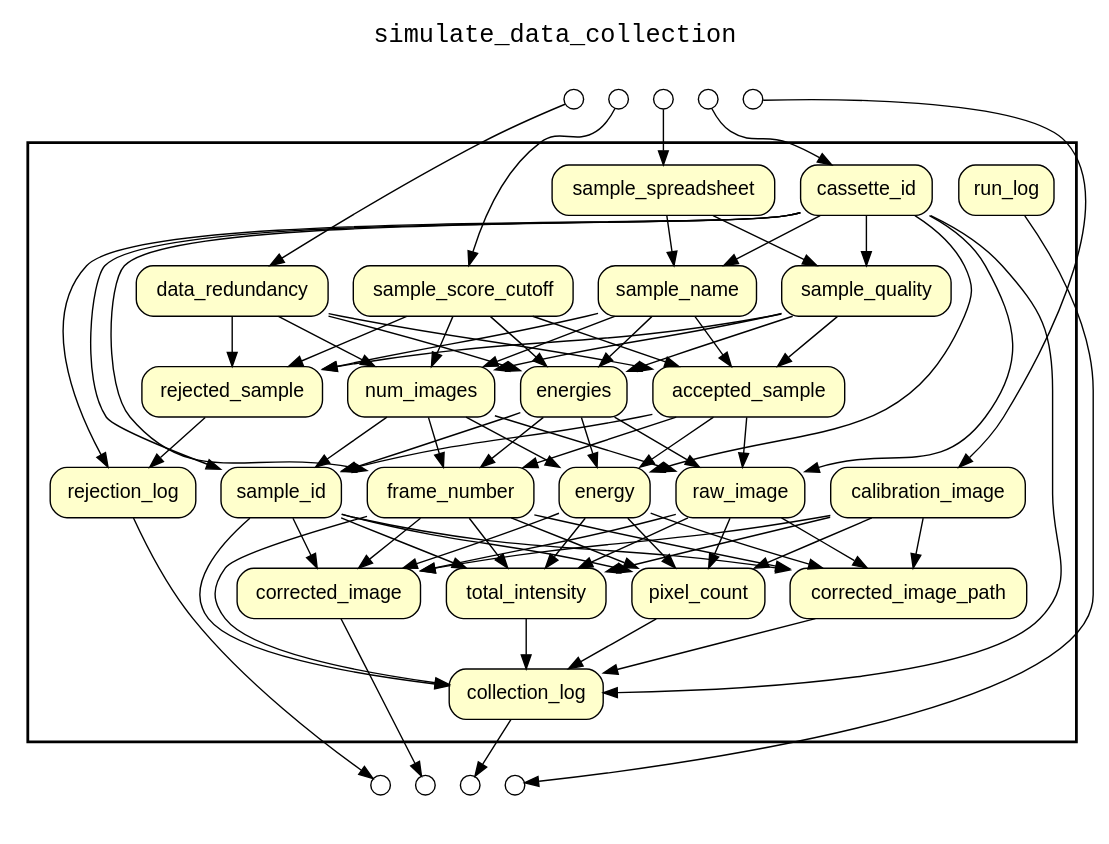
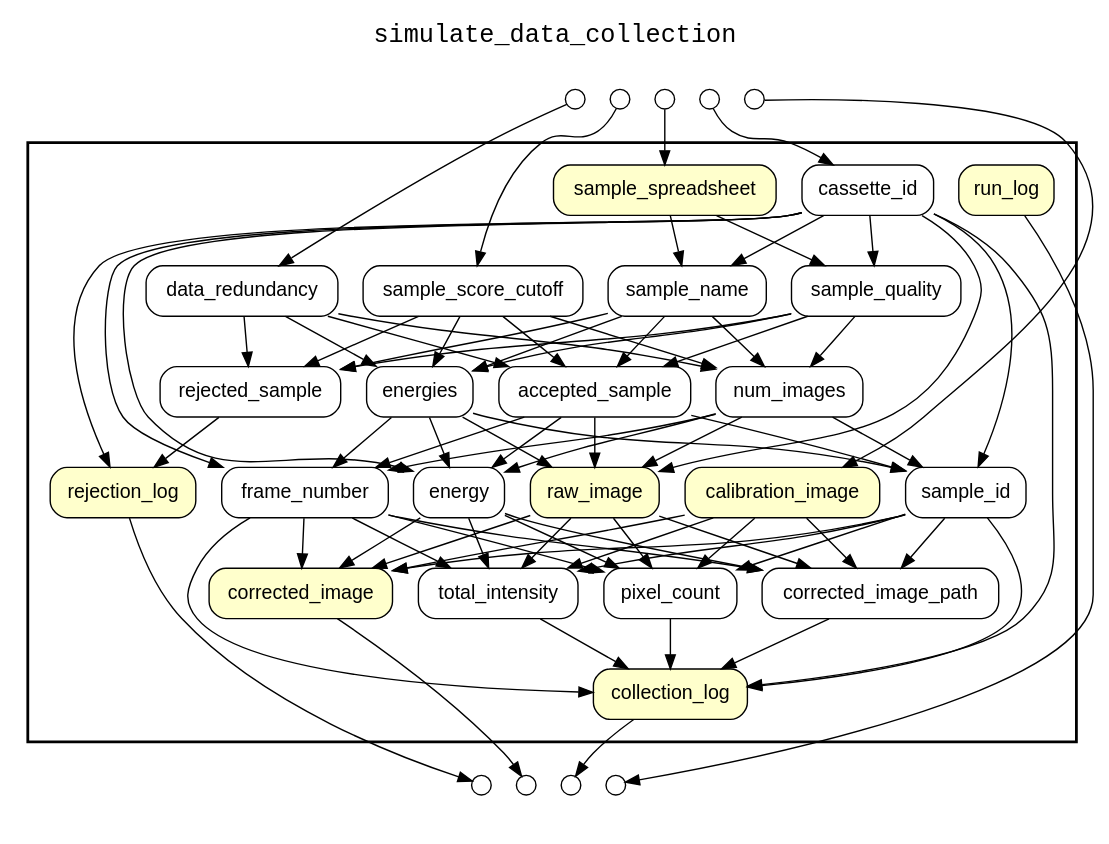
One commit to yesworkflow-org/yw-noworkflow changed the diagram in examples/simulate_data_collection/yw_data_graph.gv. Above: the diagram before and after it, drawn with Graphviz. The commit also changed 16 other files, not shown here.

```diff
--- a/examples/simulate_data_collection/yw_data_graph.gv
+++ b/examples/simulate_data_collection/yw_data_graph.gv
@@ -1,122 +1,123 @@
 
 digraph YW_DATA {
 rankdir=TB
 fontname=Courier; fontsize=18; labelloc=t
 label="simulate_data_collection"
 subgraph cluster_workflow { label=""; color=black; penwidth=2
 subgraph cluster_workflow_inner { label=""; color=white
 node[shape=box style="rounded,filled" fillcolor="#FFFFCC" peripheries=1 fontname=Helvetica]
 run_log
+sample_spreadsheet
+rejection_log
+raw_image
+calibration_image
+corrected_image
+collection_log
+node[shape=box style="rounded,filled" fillcolor="#FFFFFF" peripheries=1 fontname=Helvetica]
 cassette_id
-sample_spreadsheet
 sample_name
 sample_quality
 sample_score_cutoff
 data_redundancy
 accepted_sample
 rejected_sample
 num_images
 energies
-rejection_log
 sample_id
 energy
 frame_number
-raw_image
-calibration_image
-corrected_image
 corrected_image_path
 total_intensity
 pixel_count
-collection_log
 cassette_id -> sample_name
 sample_spreadsheet -> sample_name
 cassette_id -> sample_quality
 sample_spreadsheet -> sample_quality
 sample_name -> accepted_sample
 sample_quality -> accepted_sample
 sample_score_cutoff -> accepted_sample
 data_redundancy -> accepted_sample
 sample_name -> rejected_sample
 sample_quality -> rejected_sample
 sample_score_cutoff -> rejected_sample
 data_redundancy -> rejected_sample
 sample_name -> num_images
 sample_quality -> num_images
 sample_score_cutoff -> num_images
 data_redundancy -> num_images
 sample_name -> energies
 sample_quality -> energies
 sample_score_cutoff -> energies
 data_redundancy -> energies
 cassette_id -> rejection_log
 rejected_sample -> rejection_log
 cassette_id -> sample_id
 accepted_sample -> sample_id
 num_images -> sample_id
 energies -> sample_id
 cassette_id -> energy
 accepted_sample -> energy
 num_images -> energy
 energies -> energy
 cassette_id -> frame_number
 accepted_sample -> frame_number
 num_images -> frame_number
 energies -> frame_number
 cassette_id -> raw_image
 accepted_sample -> raw_image
 num_images -> raw_image
 energies -> raw_image
 sample_id -> corrected_image
 energy -> corrected_image
 frame_number -> corrected_image
 raw_image -> corrected_image
 calibration_image -> corrected_image
 sample_id -> corrected_image_path
 energy -> corrected_image_path
 frame_number -> corrected_image_path
 raw_image -> corrected_image_path
 calibration_image -> corrected_image_path
 sample_id -> total_intensity
 energy -> total_intensity
 frame_number -> total_intensity
 raw_image -> total_intensity
 calibration_image -> total_intensity
 sample_id -> pixel_count
 energy -> pixel_count
 frame_number -> pixel_count
 raw_image -> pixel_count
 calibration_image -> pixel_count
 cassette_id -> collection_log
 sample_id -> collection_log
 frame_number -> collection_log
 corrected_image_path -> collection_log
 total_intensity -> collection_log
 pixel_count -> collection_log
 }}
 subgraph cluster_inflows { label=""; color=white
 subgraph cluster_inflows_inner { label=""; color=white
 node[shape=circle fillcolor="#FFFFFF" peripheries=1 width=0.2]
 data_redundancy_inflow [label=""]
 sample_score_cutoff_inflow [label=""]
 cassette_id_inflow [label=""]
 calibration_image_inflow [label=""]
 sample_spreadsheet_inflow [label=""]
 }}
 data_redundancy_inflow -> data_redundancy
 sample_score_cutoff_inflow -> sample_score_cutoff
 cassette_id_inflow -> cassette_id
 calibration_image_inflow -> calibration_image
 sample_spreadsheet_inflow -> sample_spreadsheet
 subgraph cluster_outflows { label=""; color=white
 subgraph cluster_outflows_inner { label=""; color=white
 node[shape=circle fillcolor="#FFFFFF" peripheries=1 width=0.2]
 collection_log_outflow [label=""]
 corrected_image_outflow [label=""]
 rejection_log_outflow [label=""]
 run_log_outflow [label=""]
 }}
 collection_log -> collection_log_outflow
 corrected_image -> corrected_image_outflow
 rejection_log -> rejection_log_outflow
 run_log -> run_log_outflow
 }
```
